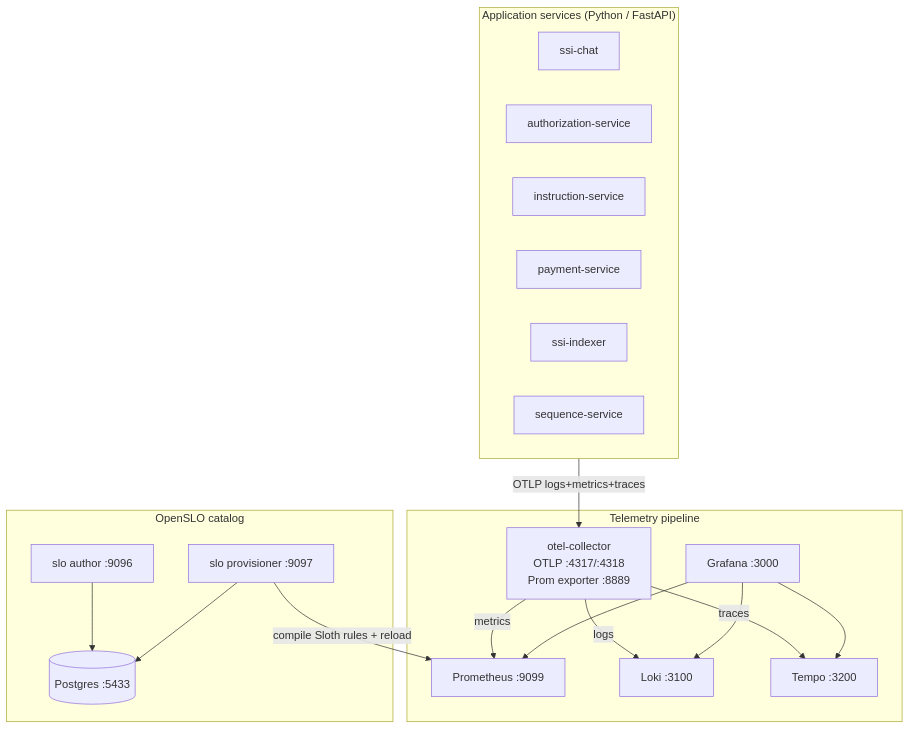
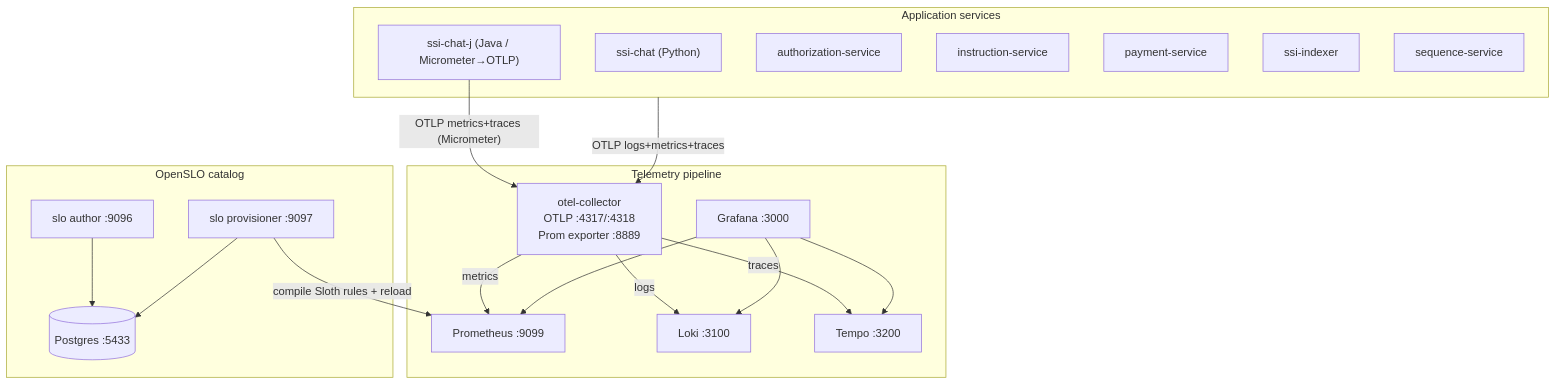
One commit to sanjuthomas/policy-pilot changed the diagram in docs/observability.md. Above: the diagram before and after it, drawn with Mermaid. The commit also changed other lines of this file and 29 other files, not shown here.

First line of the commit message:
Add Micrometer OTLP observability to ssi-chat-j with Python chat SLI parity.

````diff
--- a/docs/observability.md
+++ b/docs/observability.md
@@ -9,36 +9,38 @@
 ```mermaid
 flowchart TB
-  subgraph Apps["Application services (Python / FastAPI)"]
-    CHAT["ssi-chat"]
+  subgraph Apps["Application services"]
+    CHAT["ssi-chat (Python)"]
+    CHATJ["ssi-chat-j (Java / Micrometer→OTLP)"]
     AUTHZ["authorization-service"]
     INST["instruction-service"]
     PAY["payment-service"]
     ETL["ssi-indexer"]
     SEQ["sequence-service"]
   end
 
   subgraph Telemetry["Telemetry pipeline"]
     OTEL["otel-collector<br/>OTLP :4317/:4318<br/>Prom exporter :8889"]
     PROM["Prometheus :9099"]
     LOKI["Loki :3100"]
     TEMPO["Tempo :3200"]
     GRAF["Grafana :3000"]
   end
 
   subgraph SLO["OpenSLO catalog"]
     AUTHOR["slo author :9096"]
     PROV["slo provisioner :9097"]
     PG[(Postgres :5433)]
   end
 
   Apps -->|"OTLP logs+metrics+traces"| OTEL
+  CHATJ -->|"OTLP metrics+traces (Micrometer)"| OTEL
   OTEL -->|metrics| PROM
   OTEL -->|logs| LOKI
   OTEL -->|traces| TEMPO
   GRAF --> PROM
   GRAF --> LOKI
   GRAF --> TEMPO
   AUTHOR --> PG
   PROV --> PG
   PROV -->|"compile Sloth rules + reload"| PROM
 ```
````
